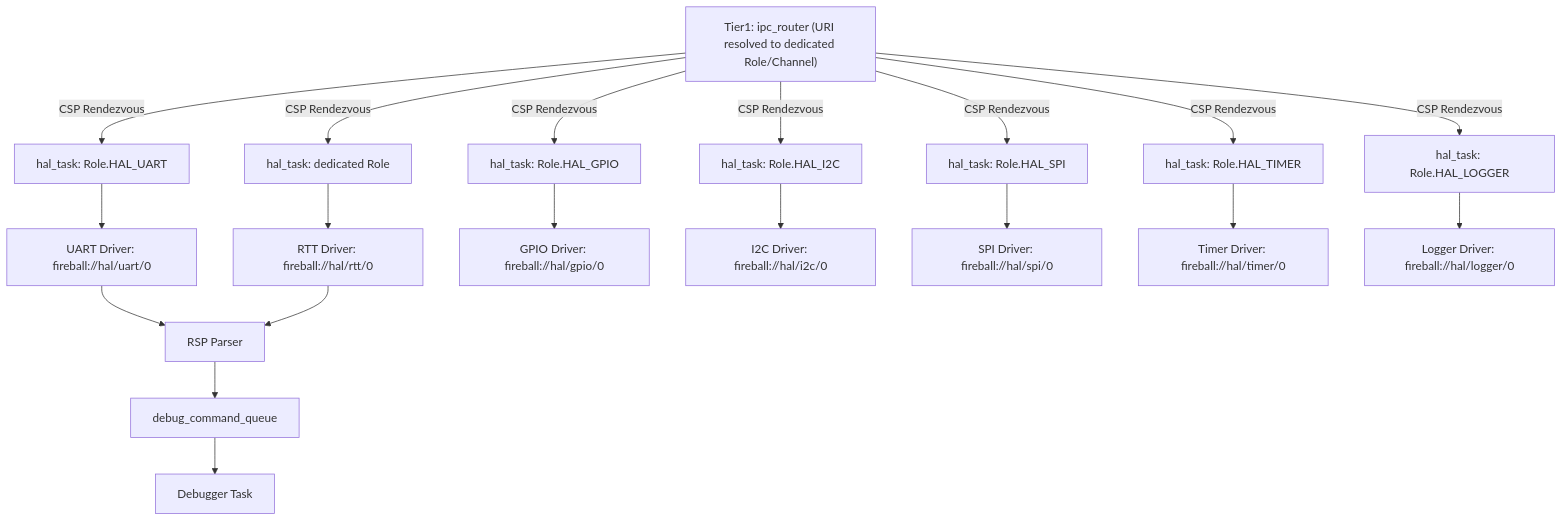
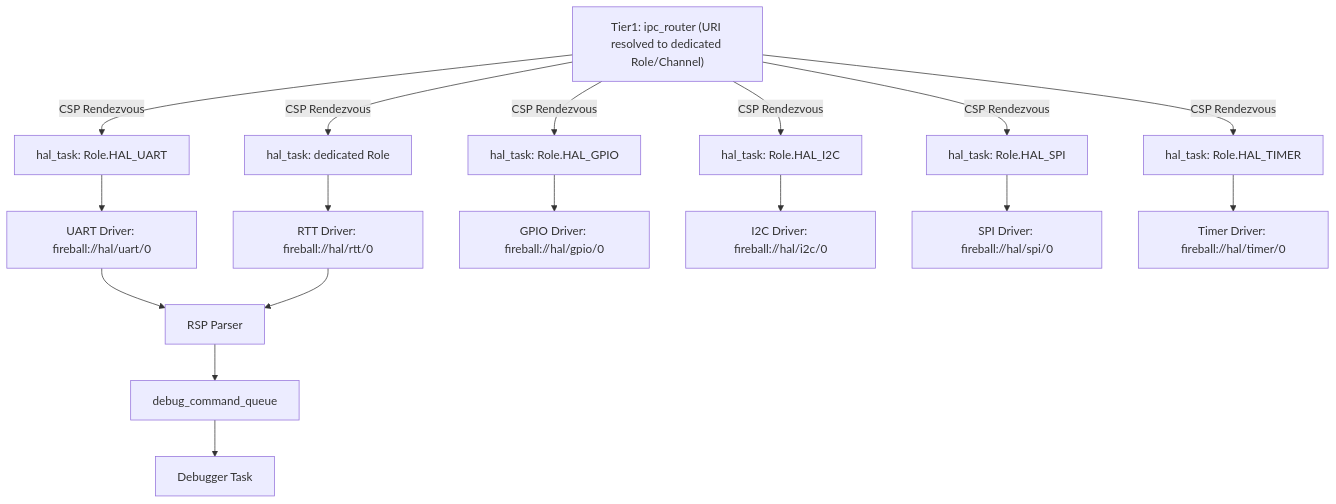
One commit to kmt-t/fireball changed the first of 4 diagrams in docs/components/tier3_platform/platform_driver.md. Above: the diagram before and after it, drawn with Mermaid. The commit also changed other lines of this file and 15 other files, not shown here.

Commit message:
Unify interpreter call flow and inject file log sinks

````diff
--- a/docs/components/tier3_platform/platform_driver.md
+++ b/docs/components/tier3_platform/platform_driver.md
@@ -39,15 +39,14 @@
 ```mermaid
 flowchart TD
     IPCR["Tier1: ipc_router (URI resolved to dedicated Role/Channel)"]
     IPCR -->|CSP Rendezvous| T1["hal_task: Role.HAL_UART"] --> UART[UART Driver: fireball://hal/uart/0]
     IPCR -->|CSP Rendezvous| T2["hal_task: dedicated Role"] --> RTT[RTT Driver: fireball://hal/rtt/0]
     IPCR -->|CSP Rendezvous| T3["hal_task: Role.HAL_GPIO"] --> GPIO[GPIO Driver: fireball://hal/gpio/0]
     IPCR -->|CSP Rendezvous| T4["hal_task: Role.HAL_I2C"] --> I2C[I2C Driver: fireball://hal/i2c/0]
     IPCR -->|CSP Rendezvous| T5["hal_task: Role.HAL_SPI"] --> SPI[SPI Driver: fireball://hal/spi/0]
     IPCR -->|CSP Rendezvous| T6["hal_task: Role.HAL_TIMER"] --> Timer[Timer Driver: fireball://hal/timer/0]
-    IPCR -->|CSP Rendezvous| T7["hal_task: Role.HAL_LOGGER"] --> Log[Logger Driver: fireball://hal/logger/0]
     UART --> RSP[RSP Parser]
     RTT --> RSP
     RSP --> Queue[debug_command_queue]
     Queue --> Debugger[Debugger Task]
 ```
````
